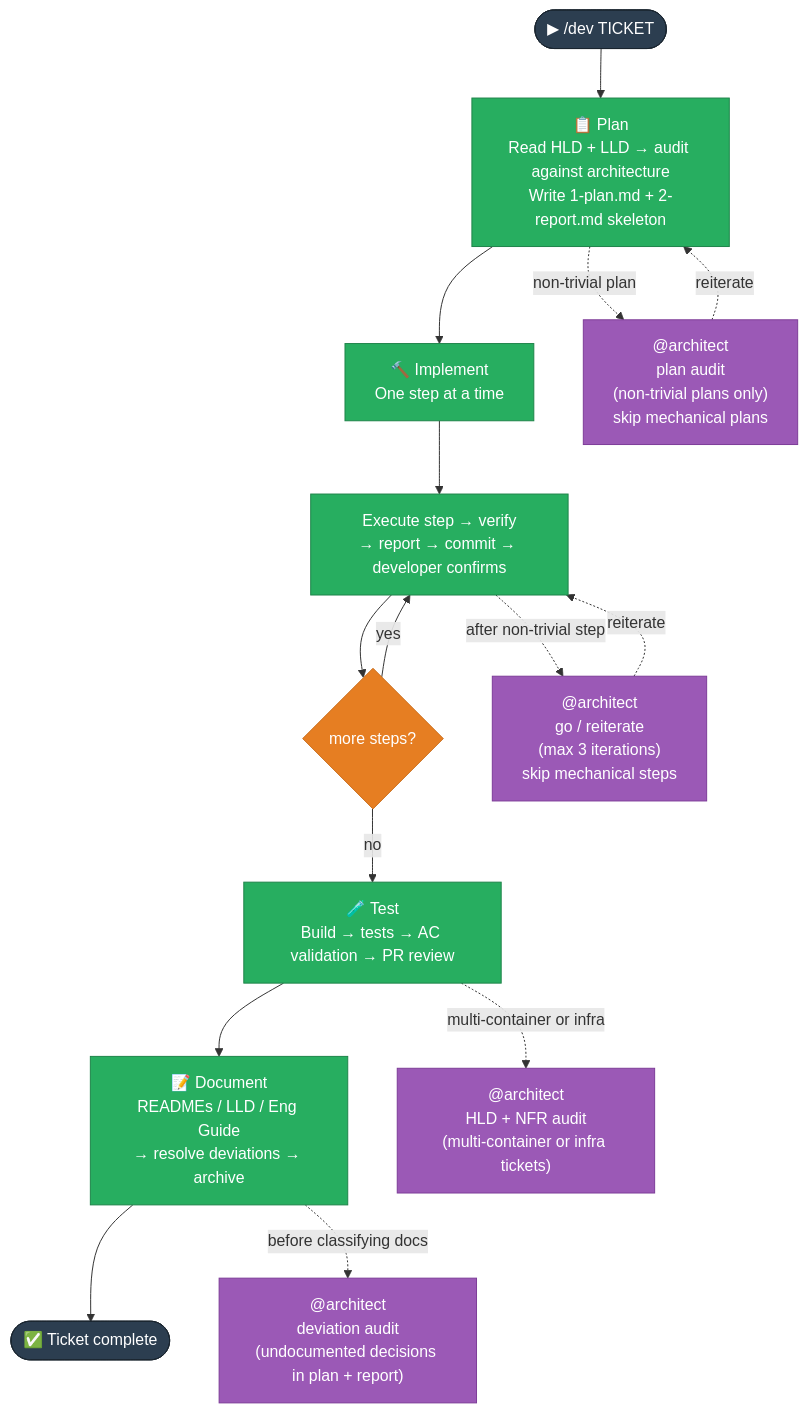
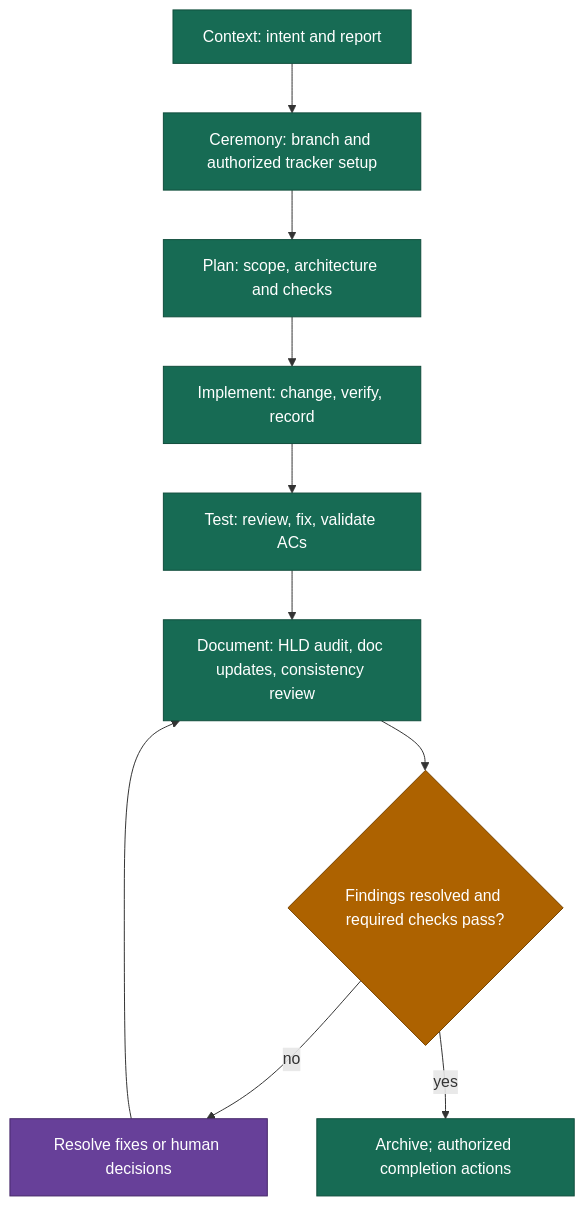
Before and after one commit to DataArt/artisyn-implementation-harness: the diagram in docs/Harness/03 Lifecycles/01 Dev Lifecycle.md, drawn with Mermaid. The commit also changed other lines of this file and 143 other files, not shown here.

First line of the commit message:
chore(harness): complete launch — skills, agents, tracker, docs reconciliation

````diff
--- a/docs/Harness/03 Lifecycles/01 Dev Lifecycle.md
+++ b/docs/Harness/03 Lifecycles/01 Dev Lifecycle.md
@@ -25,33 +10,15 @@
 ```mermaid
 flowchart TD
-    START(["▶ /dev TICKET"]):::actor
-
-    P["📋 Plan\nRead HLD + LLD → audit against architecture\nWrite 1-plan.md + 2-report.md skeleton"]:::phase
-    I1["🔨 Implement\nOne step at a time"]:::phase
-    ISTEP["Execute step → verify\n→ report → commit → developer confirms"]:::phase
-    ILOOP{"more steps?"}:::gate
-    T["🧪 Test\nBuild → tests → AC validation → PR review"]:::phase
-    D["📝 Document\nREADMEs / LLD / Eng Guide\n→ resolve deviations → archive"]:::phase
-    DONE(["✅ Ticket complete"]):::actor
-
-    ARC_P["@architect\nplan audit\n(non-trivial plans only)\nskip mechanical plans"]:::sat
-    ARC_I["@architect\ngo / reiterate\n(max 3 iterations)\nskip mechanical steps"]:::sat
-    ARC_T["@architect\nHLD + NFR audit\n(multi-container or infra tickets)"]:::sat
-    ARC_D["@architect\ndeviation audit\n(undocumented decisions in plan + report)"]:::sat
-
-    START --> P --> I1 --> ISTEP --> ILOOP
-    ILOOP -->|yes| ISTEP
-    ILOOP -->|no| T --> D --> DONE
-
-    P -.->|non-trivial plan| ARC_P
-    ARC_P -.->|reiterate| P
-    ISTEP -.->|after non-trivial step| ARC_I
-    ARC_I -.->|reiterate| ISTEP
-    T -.->|multi-container or infra| ARC_T
-    D -.->|before classifying docs| ARC_D
-
-    classDef actor fill:#2C3E50,stroke:#1A252F,color:#fff
-    classDef phase fill:#27AE60,stroke:#1E8449,color:#fff
-    classDef gate fill:#E67E22,stroke:#CA6F1E,color:#fff
-    classDef sat fill:#9B59B6,stroke:#7D3C98,color:#fff
+    C["Context: intent and report"]:::stage --> B["Ceremony: branch and authorized tracker setup"]:::stage
+    B --> P["Plan: scope, architecture and checks"]:::stage
+    P --> I["Implement: change, verify, record"]:::stage
+    I --> T["Test: review, fix, validate ACs"]:::stage
+    T --> D["Document: HLD audit, doc updates, consistency review"]:::stage
+    D --> G{"Findings resolved and required checks pass?"}:::gate
+    G -->|no| R["Resolve fixes or human decisions"]:::decision
+    R --> D
+    G -->|yes| A["Archive; authorized completion actions"]:::stage
+    classDef stage fill:#176B54,stroke:#104D3C,color:#fff
+    classDef gate fill:#AD6200,stroke:#774400,color:#fff
+    classDef decision fill:#674099,stroke:#452769,color:#fff
 ```
````
